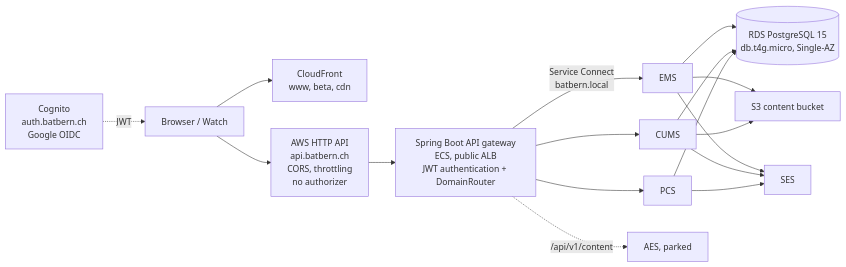
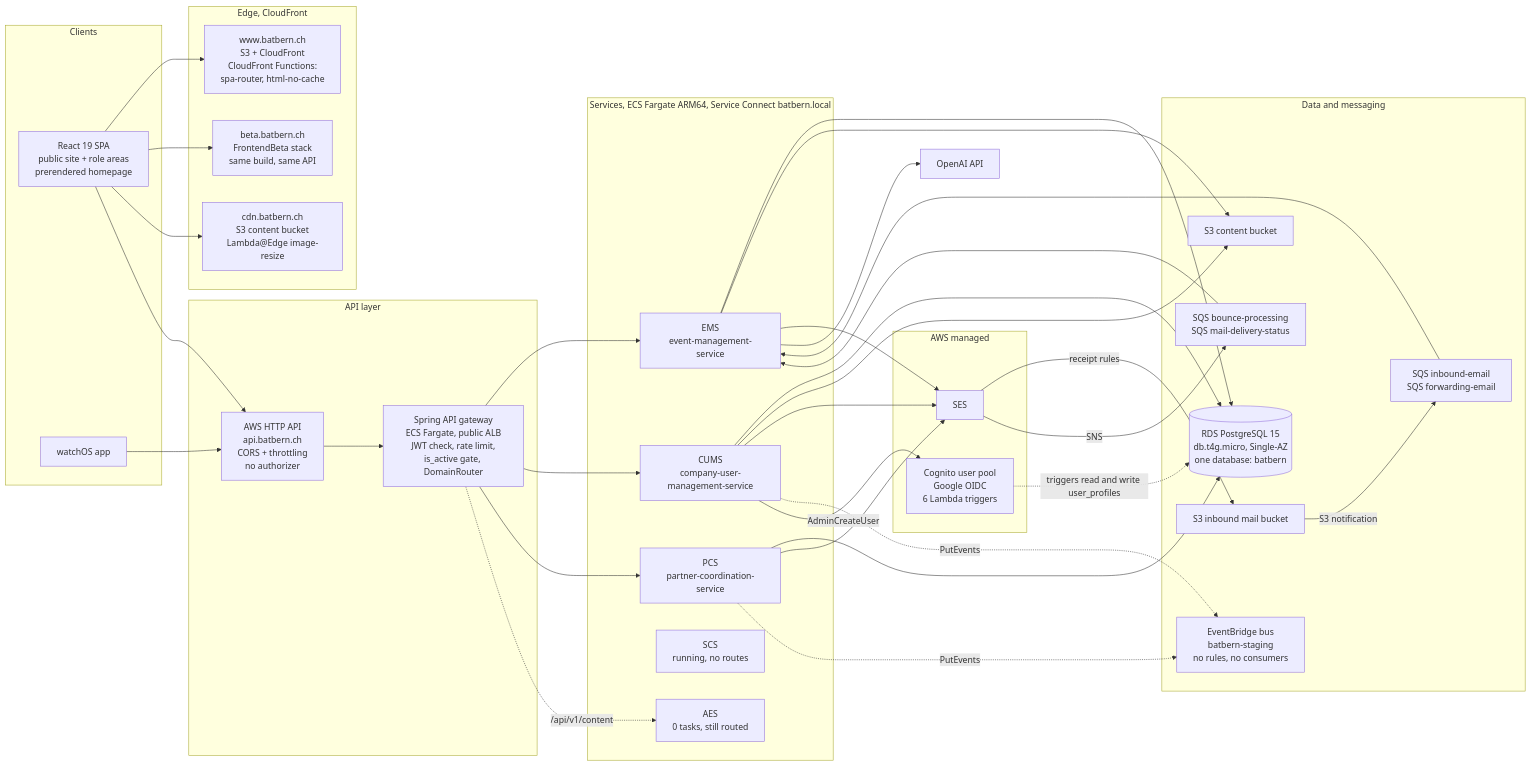
The third of 8 diagrams in docs/architecture/01-system-overview.md (nissimbuchs/BATbern2), drawn with Mermaid before and after one commit. The commit also changed other lines of this file and 8 other files, not shown here.

````diff
--- a/docs/architecture/01-system-overview.md
+++ b/docs/architecture/01-system-overview.md
@@ -55,14 +140,67 @@
 ```mermaid
-graph LR
-    U[Browser / Watch] --> CF[CloudFront<br/>www, beta, cdn]
-    U --> HTTPAPI[AWS HTTP API<br/>api.batbern.ch<br/>CORS, throttling<br/>no authorizer]
-    HTTPAPI --> GW[Spring Boot API gateway<br/>ECS, public ALB<br/>JWT authentication + DomainRouter]
-    GW -->|Service Connect<br/>batbern.local| EMS[EMS]
-    GW --> CUMS[CUMS]
-    GW --> PCS[PCS]
-    GW -.->|/api/v1/content| AES[AES, parked]
-    EMS & CUMS & PCS --> RDS[(RDS PostgreSQL 15<br/>db.t4g.micro, Single-AZ)]
-    EMS & CUMS --> S3[S3 content bucket]
-    EMS & CUMS & PCS --> SES[SES]
-    COG[Cognito<br/>auth.batbern.ch<br/>Google OIDC] -.JWT.-> U
+flowchart LR
+    subgraph clients["Clients"]
+        SPA["React 19 SPA<br/>public site + role areas<br/>prerendered homepage"]
+        WAPP["watchOS app"]
+    end
+
+    subgraph edge["Edge, CloudFront"]
+        WWW["www.batbern.ch<br/>S3 + CloudFront<br/>CloudFront Functions:<br/>spa-router, html-no-cache"]
+        BETA["beta.batbern.ch<br/>FrontendBeta stack<br/>same build, same API"]
+        CDNB["cdn.batbern.ch<br/>S3 content bucket<br/>Lambda@Edge image-resize"]
+    end
+
+    subgraph api["API layer"]
+        HTTPAPI["AWS HTTP API<br/>api.batbern.ch<br/>CORS + throttling<br/>no authorizer"]
+        GW["Spring API gateway<br/>ECS Fargate, public ALB<br/>JWT check, rate limit,<br/>is_active gate, DomainRouter"]
+    end
+
+    subgraph svc["Services, ECS Fargate ARM64, Service Connect batbern.local"]
+        EMS["EMS<br/>event-management-service"]
+        CUMS["CUMS<br/>company-user-management-service"]
+        PCS["PCS<br/>partner-coordination-service"]
+        SCS["SCS<br/>running, no routes"]
+        AES["AES<br/>0 tasks, still routed"]
+    end
+
+    subgraph data["Data and messaging"]
+        RDS[("RDS PostgreSQL 15<br/>db.t4g.micro, Single-AZ<br/>one database: batbern")]
+        S3C["S3 content bucket"]
+        S3M["S3 inbound mail bucket"]
+        SQSIN["SQS inbound-email<br/>SQS forwarding-email"]
+        SQSOUT["SQS bounce-processing<br/>SQS mail-delivery-status"]
+        EB["EventBridge bus<br/>batbern-staging<br/>no rules, no consumers"]
+    end
+
+    subgraph aws["AWS managed"]
+        COG["Cognito user pool<br/>Google OIDC<br/>6 Lambda triggers"]
+        SES["SES"]
+    end
+
+    OAI["OpenAI API"]
+
+    SPA --> WWW
+    SPA --> BETA
+    SPA --> CDNB
+    SPA --> HTTPAPI
+    WAPP --> HTTPAPI
+    HTTPAPI --> GW
+    GW --> EMS
+    GW --> CUMS
+    GW --> PCS
+    GW -.->|"/api/v1/content"| AES
+    EMS & CUMS & PCS --> RDS
+    EMS & CUMS --> S3C
+    EMS --> SES
+    CUMS --> SES
+    PCS --> SES
+    SES -->|"receipt rules"| S3M
+    S3M -->|"S3 notification"| SQSIN
+    SQSIN --> EMS
+    SES -->|"SNS"| SQSOUT
+    SQSOUT --> EMS
+    CUMS & PCS -.->|"PutEvents"| EB
+    EMS --> OAI
+    COG -.->|"triggers read and write user_profiles"| RDS
+    CUMS -->|"AdminCreateUser"| COG
 ```
````
